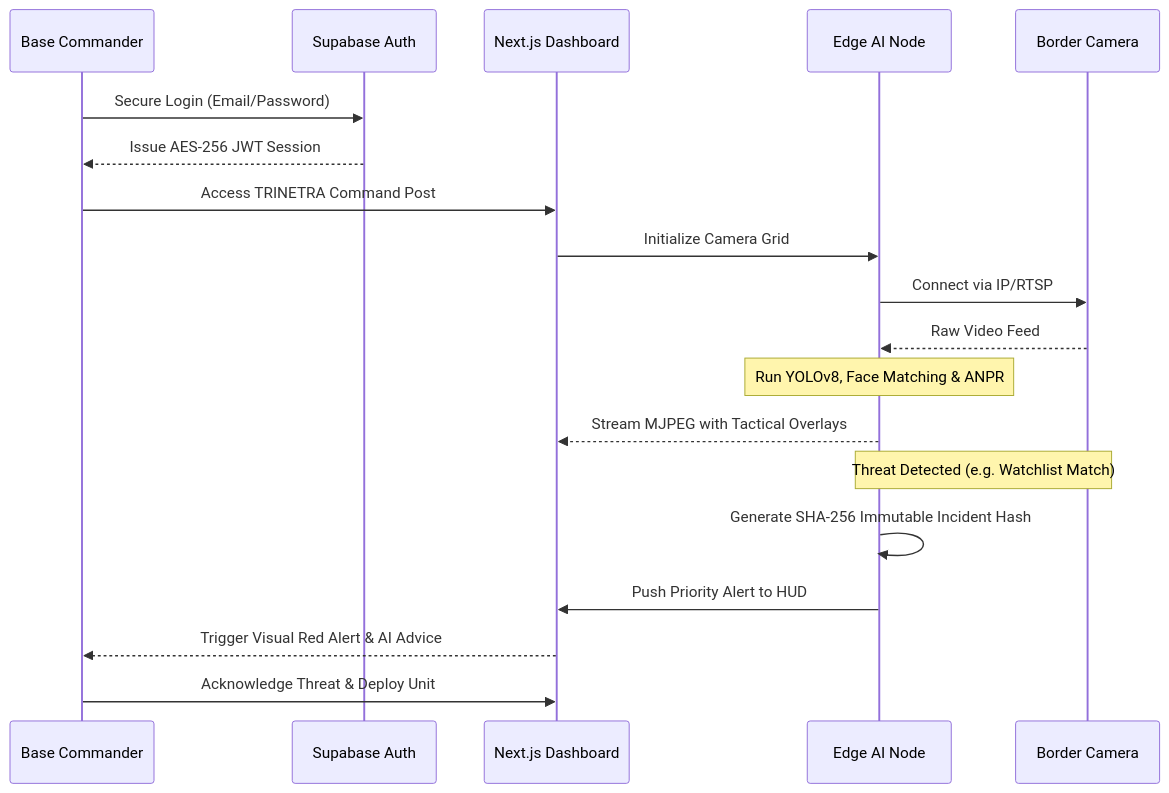
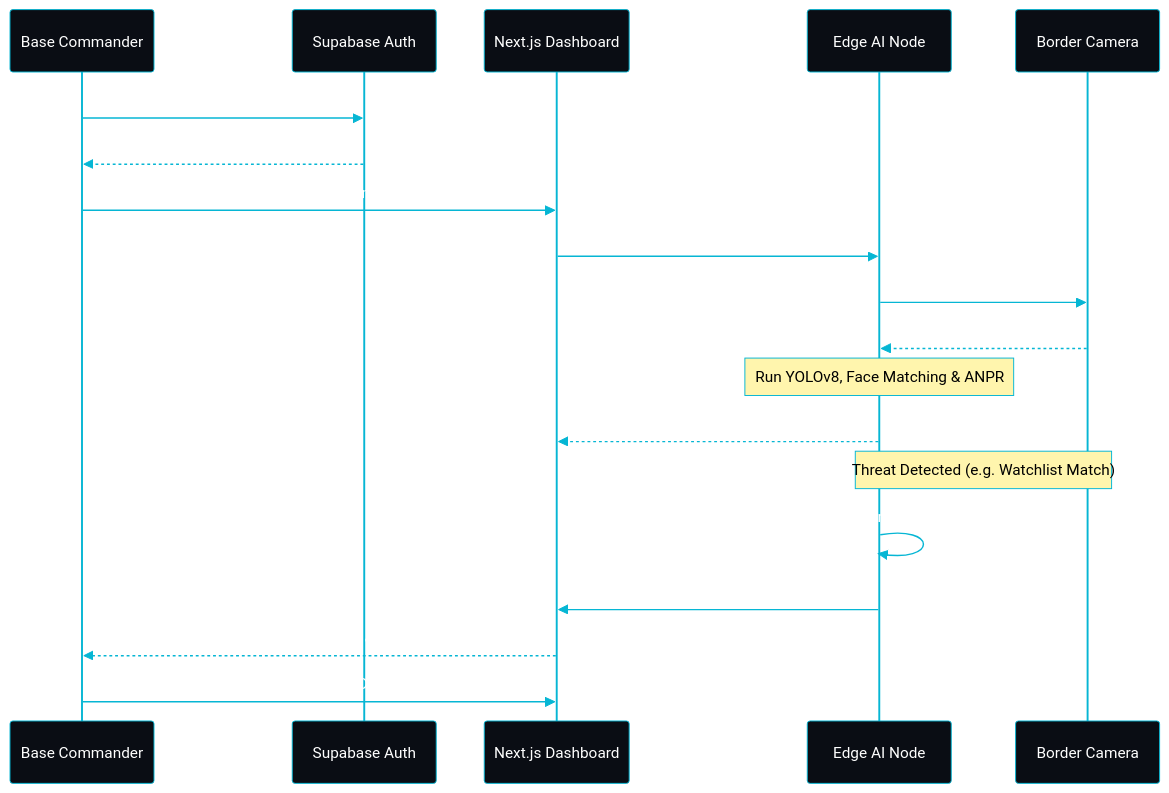
The second of 2 diagrams in README.md (sharvarianand/TRINETRA), drawn with Mermaid before and after one commit. The commit also changed other lines of this file, not shown here.

Commit message:
docs: inject custom cyan theme into github mermaid diagrams

````diff
--- a/README.md
+++ b/README.md
@@ -93,26 +104,41 @@
 ```mermaid
+%%{init: {
+  'theme': 'base',
+  'themeVariables': {
+    'actorBkg': '#0a0d14',
+    'actorBorder': '#06b6d4',
+    'actorTextColor': '#ffffff',
+    'signalColor': '#06b6d4',
+    'signalTextColor': '#ffffff',
+    'noteBkg': '#06b6d4',
+    'noteTextColor': '#000000',
+    'noteBorderColor': '#06b6d4',
+    'activationBorderColor': '#06b6d4',
+    'activationBkgColor': '#06b6d4'
+  }
+}}%%
 sequenceDiagram
     participant Commander as Base Commander
     participant Auth as Supabase Auth
     participant UI as Next.js Dashboard
     participant Edge as Edge AI Node
     participant CCTV as Border Camera
 
     Commander->>Auth: Secure Login (Email/Password)
     Auth-->>Commander: Issue AES-256 JWT Session
     Commander->>UI: Access TRINETRA Command Post
     
     UI->>Edge: Initialize Camera Grid
     Edge->>CCTV: Connect via IP/RTSP
     CCTV-->>Edge: Raw Video Feed
     
     Note over Edge: Run YOLOv8, Face Matching & ANPR
     Edge-->>UI: Stream MJPEG with Tactical Overlays
     
     Note over CCTV,Edge: Threat Detected (e.g. Watchlist Match)
     Edge->>Edge: Generate SHA-256 Immutable Incident Hash
     Edge->>UI: Push Priority Alert to HUD
     
     UI-->>Commander: Trigger Visual Red Alert & AI Advice
     Commander->>UI: Acknowledge Threat & Deploy Unit
 ```
````
